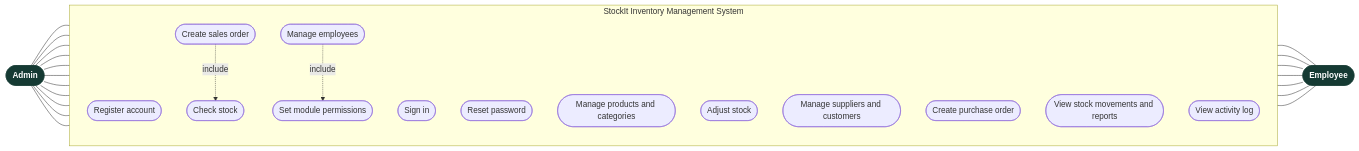
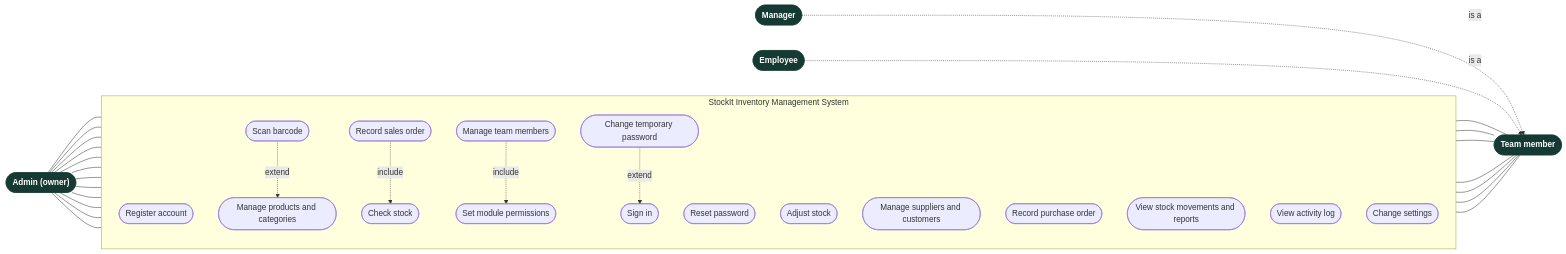
One commit to Somasekhar711/IMS changed the diagram in docs/diagrams/1-use-case.mmd. Above: the diagram before and after it, drawn with Mermaid. The commit also changed 67 other files, not shown here.

First line of the commit message:
docs: SRS v2.0, updated UML diagrams, feature activity/sequence diagrams

```diff
--- a/docs/diagrams/1-use-case.mmd
+++ b/docs/diagrams/1-use-case.mmd
@@ -1,45 +1,56 @@
 flowchart LR
-  Admin(["Admin"]):::actor
+  Admin(["Admin (owner)"]):::actor
+  Team(["Team member"]):::actor
+  Manager(["Manager"]):::actor
   Employee(["Employee"]):::actor
 
   subgraph StockIt["StockIt Inventory Management System"]
     direction TB
     UC1(["Register account"])
     UC2(["Sign in"])
     UC3(["Reset password"])
     UC4(["Manage products and categories"])
-    UC5(["Adjust stock"])
-    UC6(["Manage suppliers and customers"])
-    UC7(["Create purchase order"])
-    UC8(["Create sales order"])
-    UC9(["Check stock"])
-    UC10(["View stock movements and reports"])
-    UC11(["Manage employees"])
-    UC12(["Set module permissions"])
-    UC13(["View activity log"])
+    UC5(["Scan barcode"])
+    UC6(["Adjust stock"])
+    UC7(["Manage suppliers and customers"])
+    UC8(["Record purchase order"])
+    UC9(["Record sales order"])
+    UC10(["Check stock"])
+    UC11(["View stock movements and reports"])
+    UC12(["Manage team members"])
+    UC13(["Set module permissions"])
+    UC14(["View activity log"])
+    UC15(["Change settings"])
+    UC16(["Change temporary password"])
   end
 
   Admin --- UC1
   Admin --- UC2
   Admin --- UC3
   Admin --- UC4
-  Admin --- UC5
   Admin --- UC6
   Admin --- UC7
   Admin --- UC8
-  Admin --- UC10
+  Admin --- UC9
   Admin --- UC11
-  Admin --- UC13
+  Admin --- UC12
+  Admin --- UC14
+  Admin --- UC15
 
-  UC2 --- Employee
-  UC4 --- Employee
-  UC5 --- Employee
-  UC6 --- Employee
-  UC7 --- Employee
-  UC8 --- Employee
-  UC10 --- Employee
+  UC2 --- Team
+  UC4 --- Team
+  UC6 --- Team
+  UC7 --- Team
+  UC8 --- Team
+  UC9 --- Team
+  UC11 --- Team
 
-  UC8 -. "include" .-> UC9
-  UC11 -. "include" .-> UC12
+  Manager -. "is a" .-> Team
+  Employee -. "is a" .-> Team
+
+  UC5 -. "extend" .-> UC4
+  UC9 -. "include" .-> UC10
+  UC12 -. "include" .-> UC13
+  UC16 -. "extend" .-> UC2
 
   classDef actor fill:#153A33,stroke:#153A33,color:#ffffff,font-weight:bold
```
